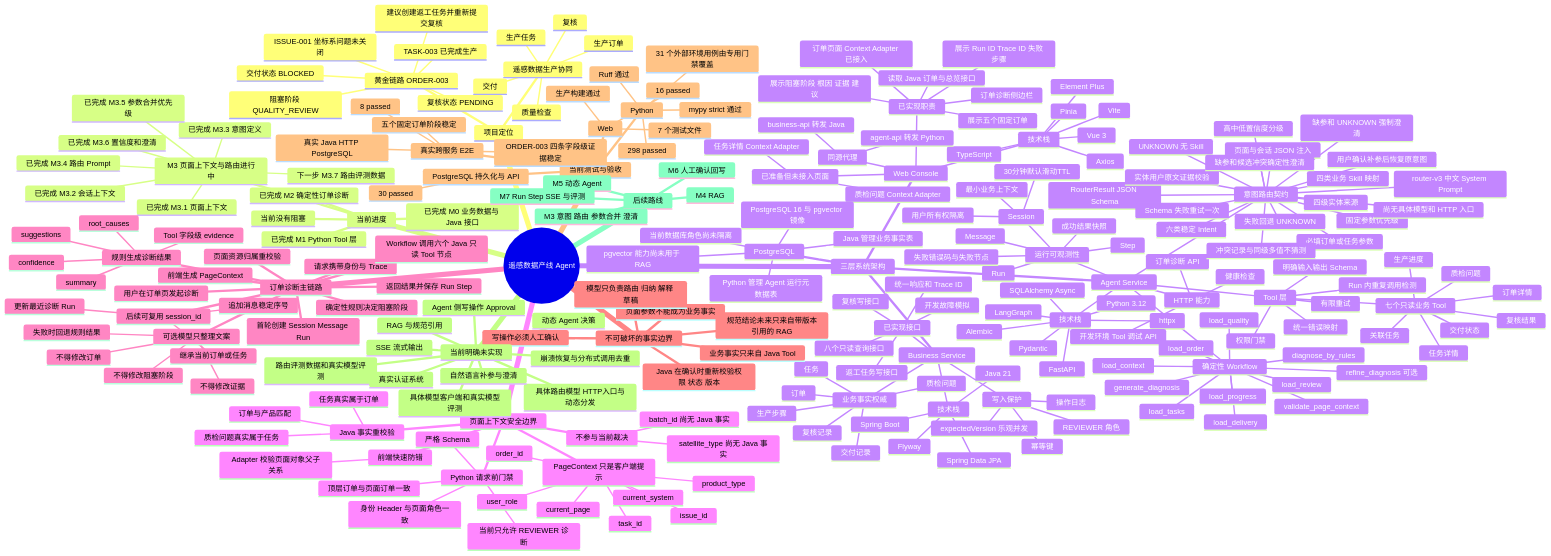
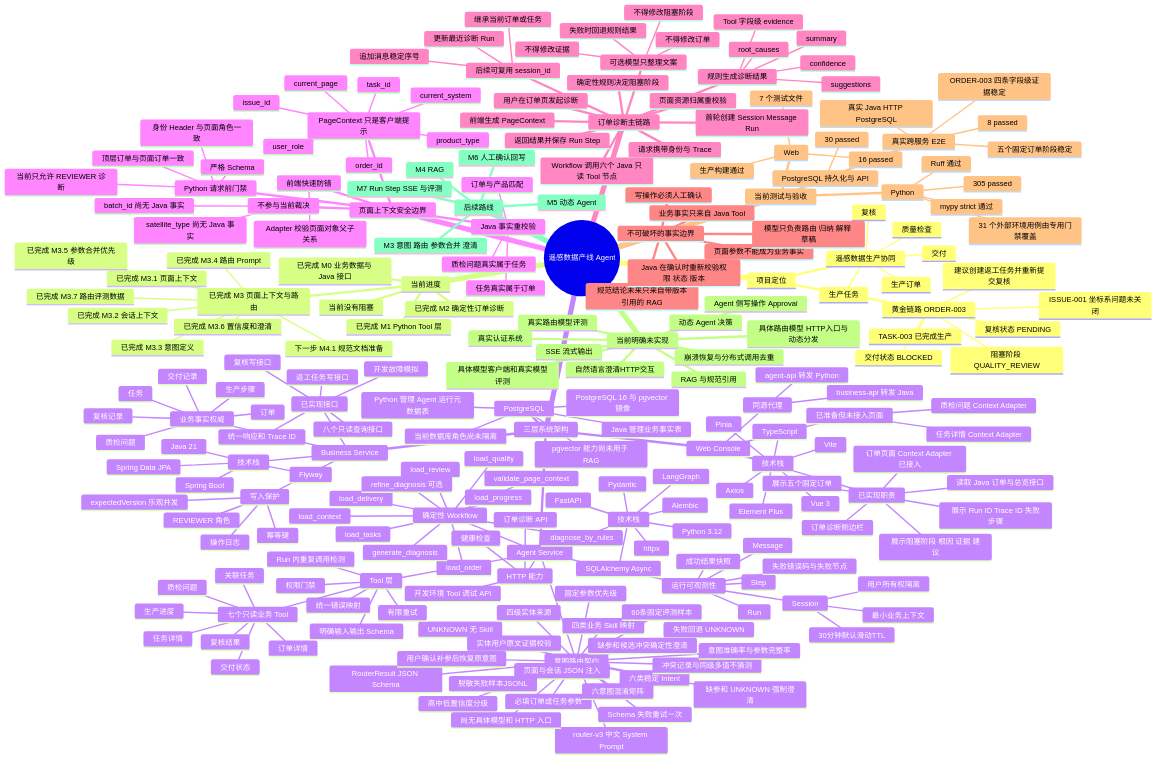
One commit to GaoZWei/productline-agent changed the diagram in docs/current-system-mindmap.md. Above: the diagram before and after it, drawn with Mermaid. The commit also changed other lines of this file and 17 other files, not shown here.

```diff
--- a/docs/current-system-mindmap.md
+++ b/docs/current-system-mindmap.md
@@ -26,14 +26,15 @@
       已完成 M0 业务数据与 Java 接口
       已完成 M1 Python Tool 层
       已完成 M2 确定性订单诊断
-      M3 页面上下文与路由进行中
+      已完成 M3 页面上下文与路由
         已完成 M3.1 页面上下文
         已完成 M3.2 会话上下文
         已完成 M3.3 意图定义
         已完成 M3.4 路由 Prompt
         已完成 M3.5 参数合并优先级
         已完成 M3.6 置信度和澄清
-        下一步 M3.7 路由评测数据
+        已完成 M3.7 路由评测数据
+        下一步 M4.1 规范文档准备
       当前没有阻塞
     三层系统架构
       Web Console
@@ -88,6 +89,10 @@
           高中低置信度分级
           缺参和候选冲突确定性澄清
           用户确认补参后恢复原意图
+          60条固定评测样本
+          意图准确率与参数完整率
+          六意图混淆矩阵
+          脱敏失败样本JSONL
           尚无具体模型和 HTTP 入口
         Tool 层
           七个只读业务 Tool
@@ -211,7 +216,7 @@
       Java 在确认时重新校验权限 状态 版本
     当前测试与验收
       Python
-        298 passed
+        305 passed
         31 个外部环境用例由专用门禁覆盖
         Ruff 通过
         mypy strict 通过
@@ -228,8 +233,8 @@
         ORDER-003 四条字段级证据稳定
     当前明确未实现
       具体路由模型 HTTP入口与动态分发
-      自然语言补参与澄清
-      路由评测数据和真实模型评测
+      自然语言澄清HTTP交互
+      真实路由模型评测
       RAG 与规范引用
       动态 Agent 决策
       Agent 侧写操作 Approval
```
